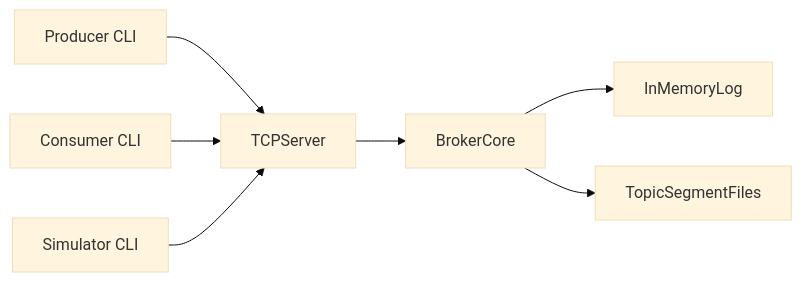
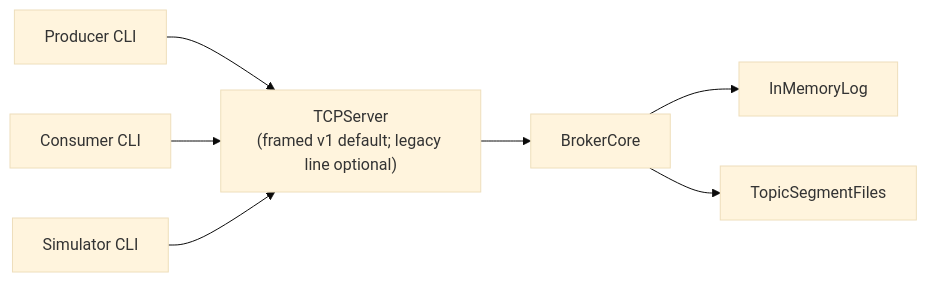
One commit to RunBerserk/herbatka changed the diagram in assets/diagrams/mmd/architecture-overview.mmd. Above: the diagram before and after it, drawn with Mermaid (base theme). The commit also changed 11 other files, not shown here.

First line of the commit message:
docs(diagrams): refresh Mermaid sources and SVG exports

```diff
--- a/assets/diagrams/mmd/architecture-overview.mmd
+++ b/assets/diagrams/mmd/architecture-overview.mmd
@@ -1,15 +1,15 @@
 flowchart LR
     producer[Producer CLI]
     consumer[Consumer CLI]
     simulator[Simulator CLI]
-    tcp[TCPServer]
+    tcp["TCPServer\n(framed v1 default; legacy line optional)"]
     broker[BrokerCore]
     mem[InMemoryLog]
     disk[TopicSegmentFiles]
 
     producer --> tcp
     consumer --> tcp
     simulator --> tcp
     tcp --> broker
     broker --> mem
     broker --> disk
```
